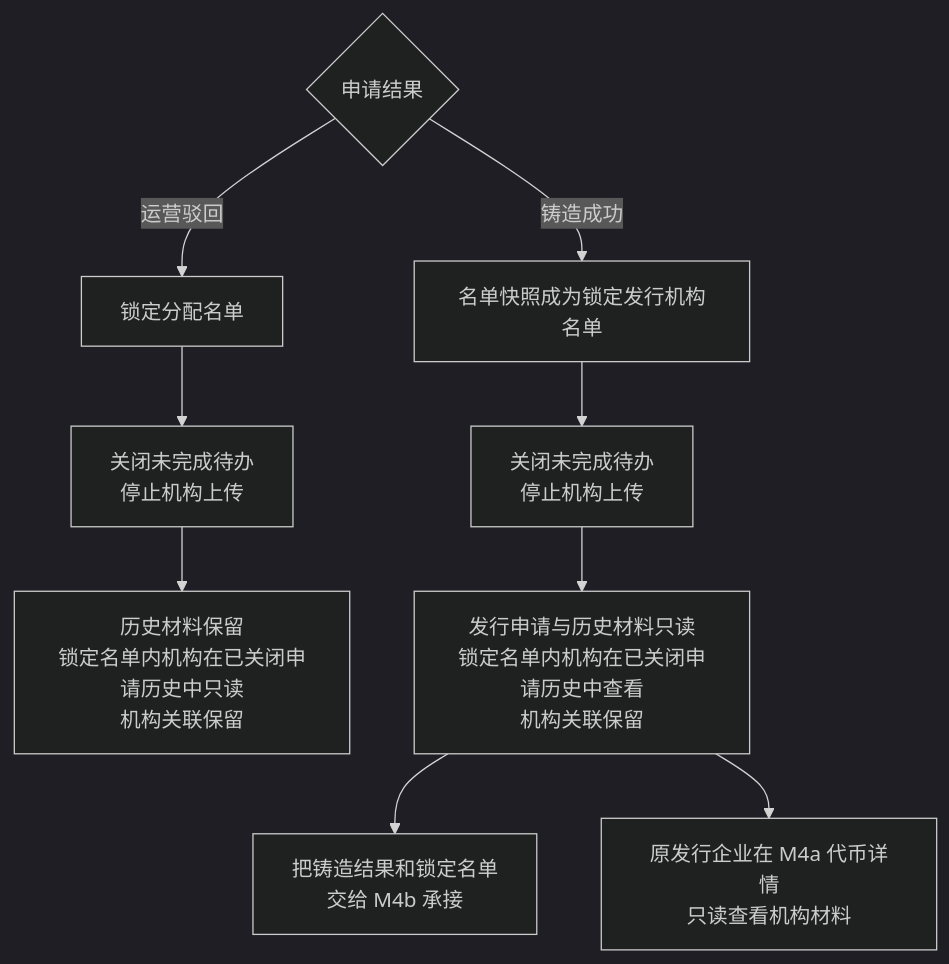
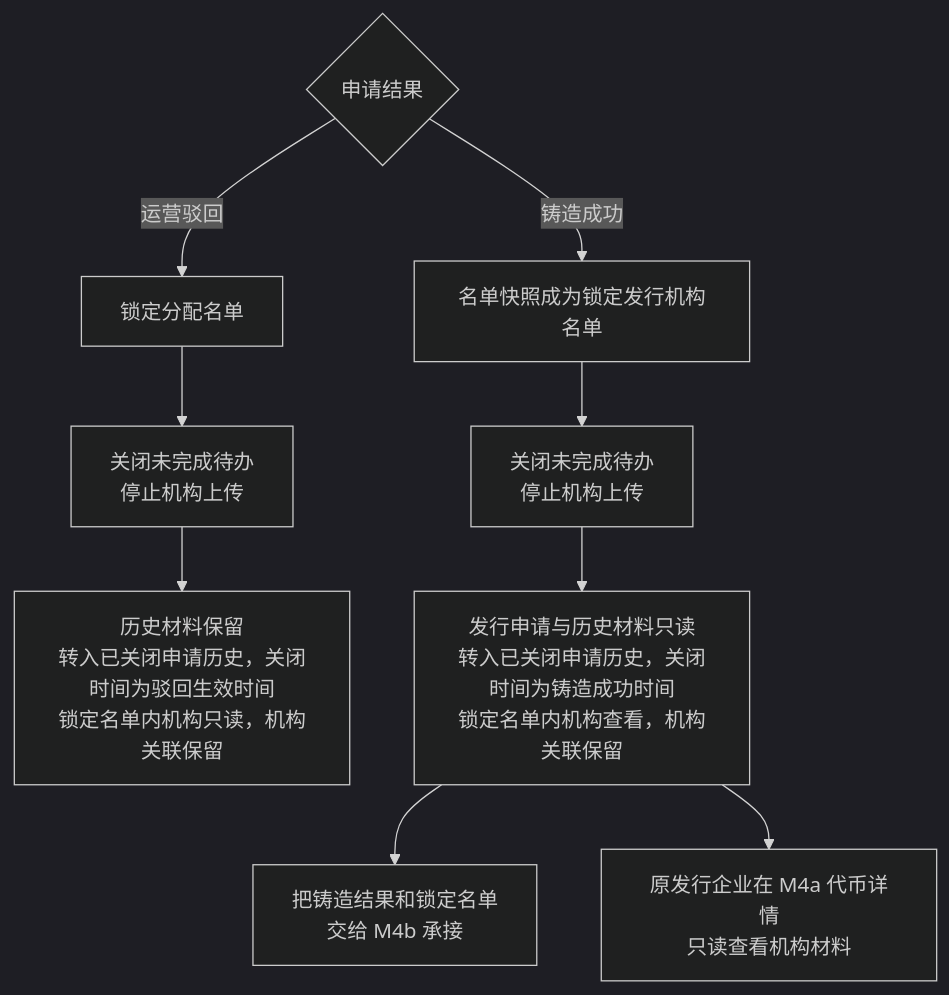
Before and after one commit to wxblockchain/Chain-Financing: the third of 5 diagrams in token-issuance-platform/PRD/管理端/M3b-代币发行-审核与铸造/02-代币发行-审核与铸造-流程图与状态机.md, drawn with Mermaid (dark theme). The commit also changed other lines of this file and 21 other files, not shown here.

````diff
--- a/token-issuance-platform/PRD/管理端/M3b-代币发行-审核与铸造/02-代币发行-审核与铸造-流程图与状态机.md
+++ b/token-issuance-platform/PRD/管理端/M3b-代币发行-审核与铸造/02-代币发行-审核与铸造-流程图与状态机.md
@@ -91,11 +91,11 @@
 ```mermaid
 flowchart TD
     A{申请结果} -->|运营驳回| B[锁定分配名单]
     B --> C[关闭未完成待办<br/>停止机构上传]
-    C --> D[历史材料保留<br/>锁定名单内机构在已关闭申请历史中只读<br/>机构关联保留]
+    C --> D[历史材料保留<br/>转入已关闭申请历史，关闭时间为驳回生效时间<br/>锁定名单内机构只读，机构关联保留]
     A -->|铸造成功| E[名单快照成为锁定发行机构名单]
     E --> F[关闭未完成待办<br/>停止机构上传]
-    F --> G[发行申请与历史材料只读<br/>锁定名单内机构在已关闭申请历史中查看<br/>机构关联保留]
+    F --> G[发行申请与历史材料只读<br/>转入已关闭申请历史，关闭时间为铸造成功时间<br/>锁定名单内机构查看，机构关联保留]
     G --> H[把铸造结果和锁定名单<br/>交给 M4b 承接]
     G --> I[原发行企业在 M4a 代币详情<br/>只读查看机构材料]
 ```
````
